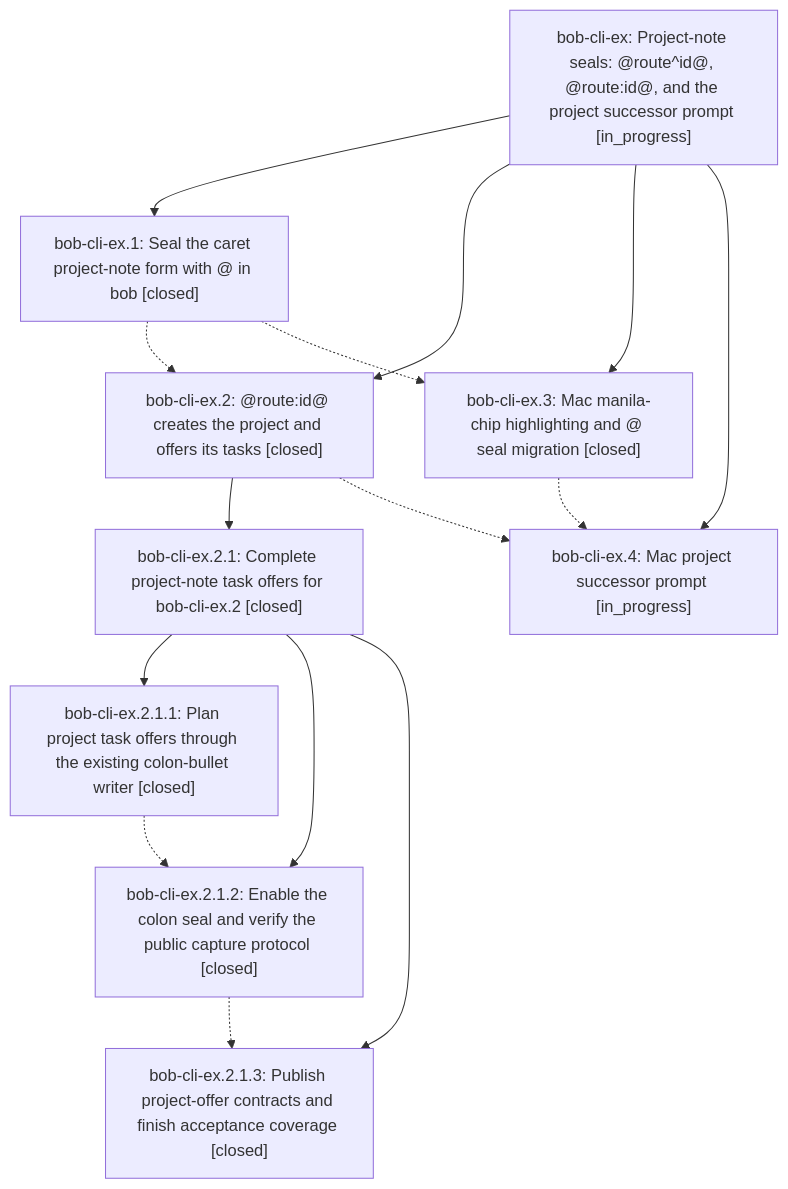
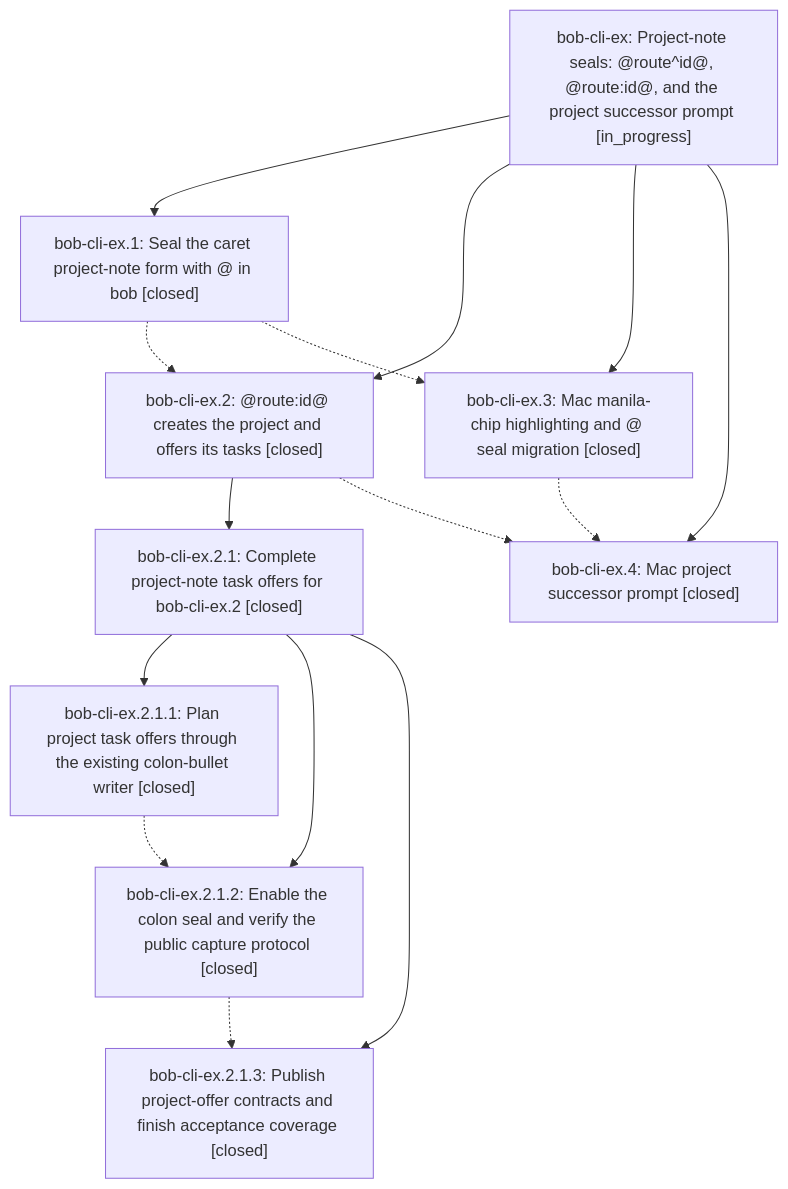
Before and after one commit to bobs-org/bob-cli--beads: the diagram in pages/bob-cli-ex/README.md, drawn with Mermaid. The commit also changed other lines of this file and 3 other files, not shown here.

First line of the commit message:
chore(beads): sync bead state and pages for bob-cli-ex

````diff
--- a/pages/bob-cli-ex/README.md
+++ b/pages/bob-cli-ex/README.md
@@ -37,26 +37,26 @@
 ```mermaid
 flowchart TD
     n0["bob-cli-ex: Project-note seals: @route^id@, @route:id@, and the project successor prompt [in_progress]"]
     n1["bob-cli-ex.1: Seal the caret project-note form with @ in bob [closed]"]
     n2["bob-cli-ex.2: @route:id@ creates the project and offers its tasks [closed]"]
     n3["bob-cli-ex.2.1: Complete project-note task offers for bob-cli-ex.2 [closed]"]
     n4["bob-cli-ex.2.1.1: Plan project task offers through the existing colon-bullet writer [closed]"]
     n5["bob-cli-ex.2.1.2: Enable the colon seal and verify the public capture protocol [closed]"]
     n6["bob-cli-ex.2.1.3: Publish project-offer contracts and finish acceptance coverage [closed]"]
     n7["bob-cli-ex.3: Mac manila-chip highlighting and @ seal migration [closed]"]
-    n8["bob-cli-ex.4: Mac project successor prompt [in_progress]"]
+    n8["bob-cli-ex.4: Mac project successor prompt [closed]"]
     n0 --> n1
     n0 --> n2
     n2 --> n3
     n3 --> n4
     n3 --> n5
     n3 --> n6
     n0 --> n7
     n0 --> n8
     n1 -.-> n2
     n1 -.-> n7
     n2 -.-> n8
     n4 -.-> n5
     n5 -.-> n6
     n7 -.-> n8
 ```
````
